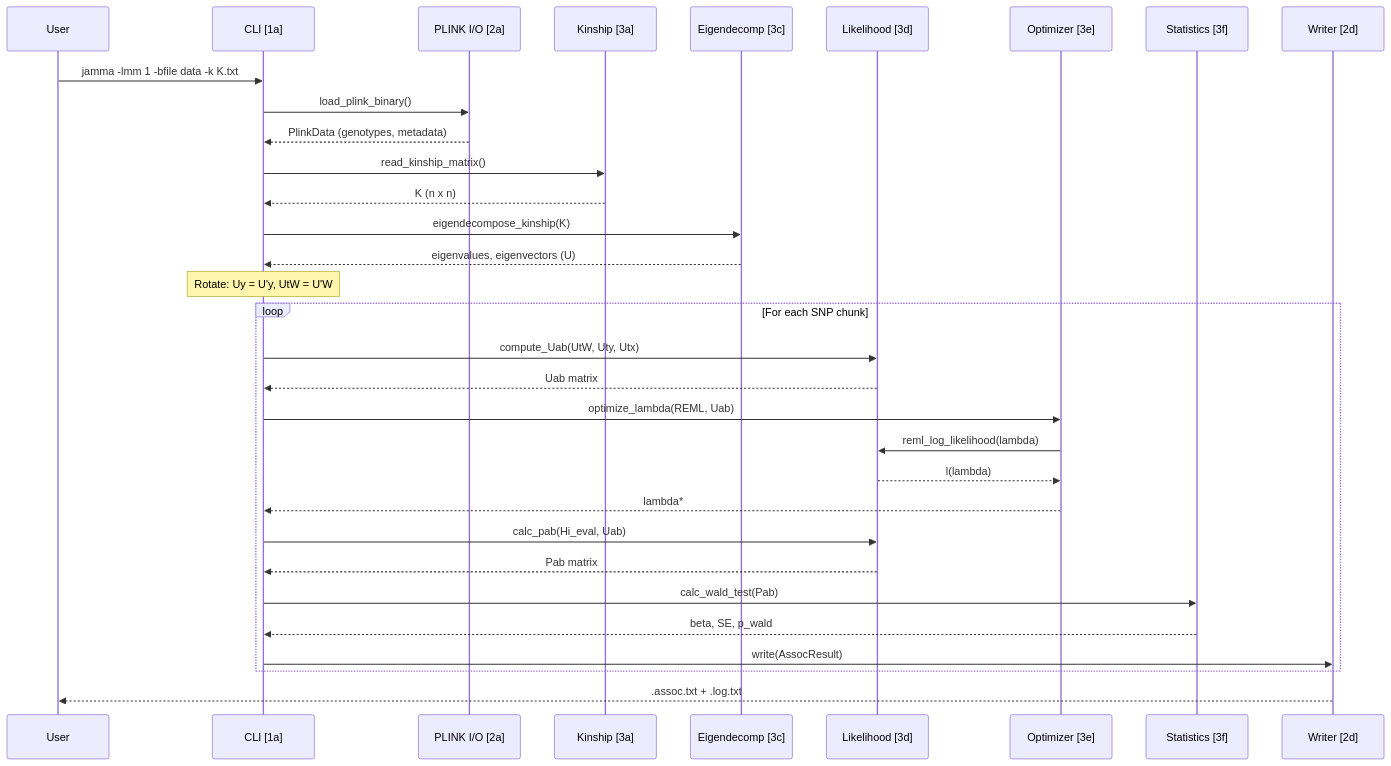
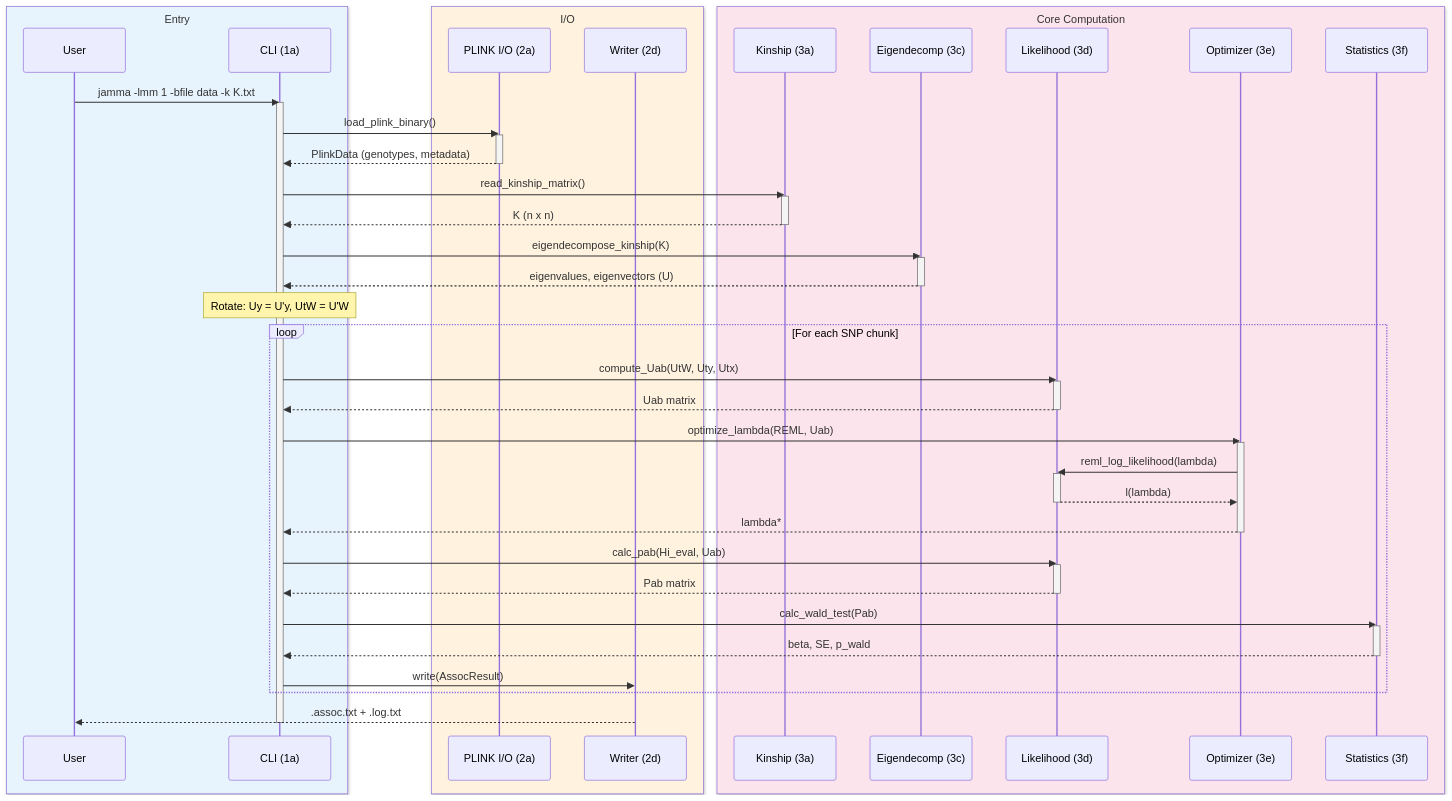
One commit to michael-denyer/jamma changed the second of 5 diagrams in docs/CODEMAP.md. Above: the diagram before and after it, drawn with Mermaid. The commit also changed other lines of this file and 3 other files, not shown here.

````diff
--- a/docs/CODEMAP.md
+++ b/docs/CODEMAP.md
@@ -273,38 +280,62 @@
 ```mermaid
 sequenceDiagram
-    participant U as User
-    participant CLI as CLI [1a]
-    participant IO as PLINK I/O [2a]
-    participant K as Kinship [3a]
-    participant E as Eigendecomp [3c]
-    participant L as Likelihood [3d]
-    participant O as Optimizer [3e]
-    participant S as Statistics [3f]
-    participant W as Writer [2d]
+    box rgb(232, 244, 253) Entry
+        participant U as User
+        participant CLI as CLI (1a)
+    end
+    box rgb(255, 243, 224) I/O
+        participant IO as PLINK I/O (2a)
+        participant W as Writer (2d)
+    end
+    box rgb(252, 228, 236) Core Computation
+        participant K as Kinship (3a)
+        participant E as Eigendecomp (3c)
+        participant L as Likelihood (3d)
+        participant O as Optimizer (3e)
+        participant S as Statistics (3f)
+    end
 
     U->>CLI: jamma -lmm 1 -bfile data -k K.txt
+    activate CLI
     CLI->>IO: load_plink_binary()
+    activate IO
     IO-->>CLI: PlinkData (genotypes, metadata)
+    deactivate IO
     CLI->>K: read_kinship_matrix()
+    activate K
     K-->>CLI: K (n x n)
+    deactivate K
     CLI->>E: eigendecompose_kinship(K)
+    activate E
     E-->>CLI: eigenvalues, eigenvectors (U)
+    deactivate E
 
     Note over CLI: Rotate: Uy = U'y, UtW = U'W
 
     loop For each SNP chunk
         CLI->>L: compute_Uab(UtW, Uty, Utx)
+        activate L
         L-->>CLI: Uab matrix
+        deactivate L
         CLI->>O: optimize_lambda(REML, Uab)
+        activate O
         O->>L: reml_log_likelihood(lambda)
+        activate L
         L-->>O: l(lambda)
+        deactivate L
         O-->>CLI: lambda*
+        deactivate O
         CLI->>L: calc_pab(Hi_eval, Uab)
+        activate L
         L-->>CLI: Pab matrix
+        deactivate L
         CLI->>S: calc_wald_test(Pab)
+        activate S
         S-->>CLI: beta, SE, p_wald
+        deactivate S
         CLI->>W: write(AssocResult)
     end
 
     W-->>U: .assoc.txt + .log.txt
+    deactivate CLI
 ```
````
